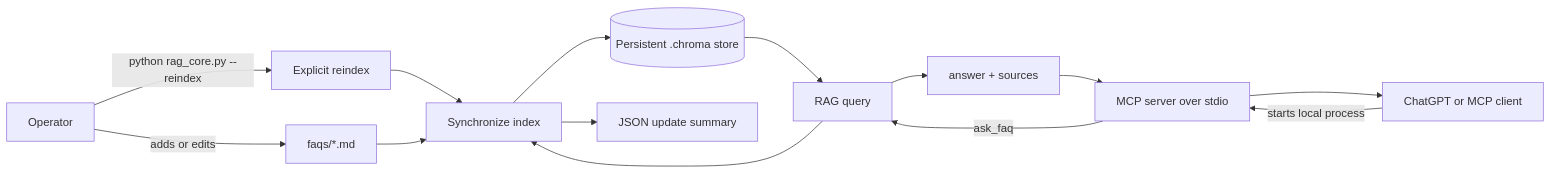
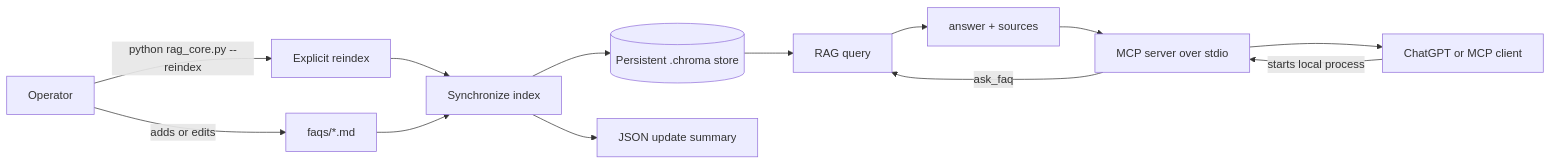
Before and after one commit to briantwalter/ragmcp: the first of 2 diagrams in README.md, drawn with Mermaid. The commit also changed other lines of this file and 2 other files, not shown here.

Commit message:
removed pre-sync

````diff
--- a/README.md
+++ b/README.md
@@ -22,17 +22,16 @@
 ```mermaid
 flowchart LR
     Operator["Operator"] -->|adds or edits| FAQs["faqs/*.md"]
     Operator -->|python rag_core.py --reindex| Reindex["Explicit reindex"]
     Reindex --> Sync["Synchronize index"]
     FAQs --> Sync
     Sync --> Chroma[("Persistent .chroma store")]
     Sync --> Report["JSON update summary"]
 
     User["ChatGPT or MCP client"] -->|starts local process| Server["MCP server over stdio"]
     Server -->|ask_faq| Query["RAG query"]
-    Query --> Sync
     Chroma --> Query
     Query --> Result["answer + sources"]
     Result --> Server
     Server --> User
 ```
````
